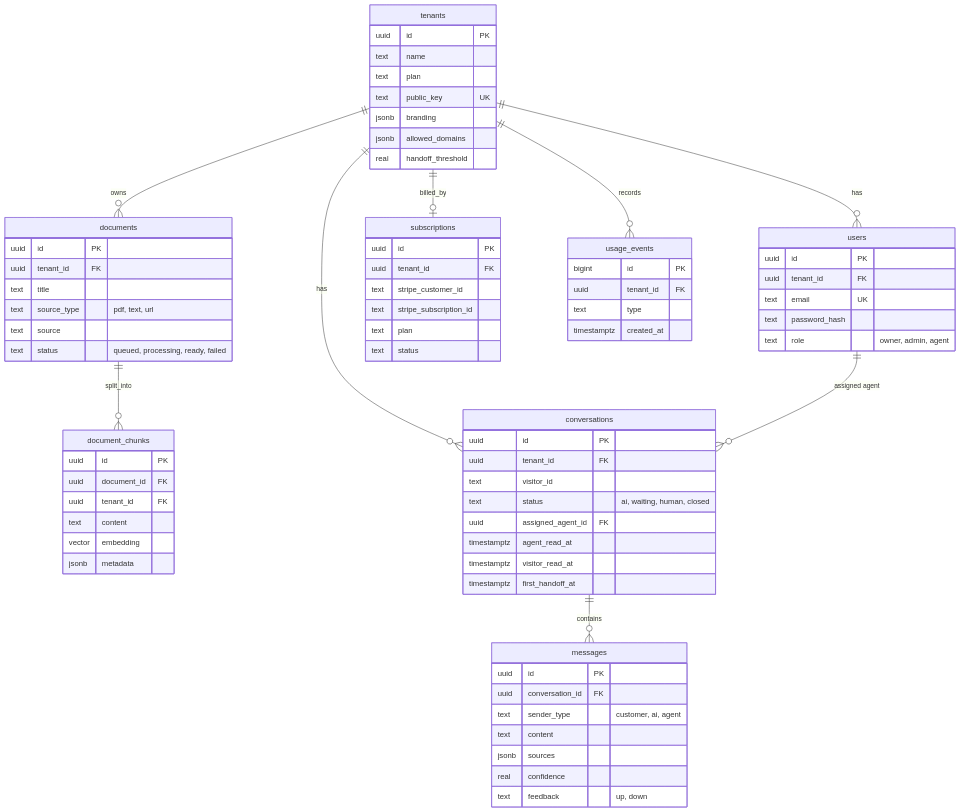
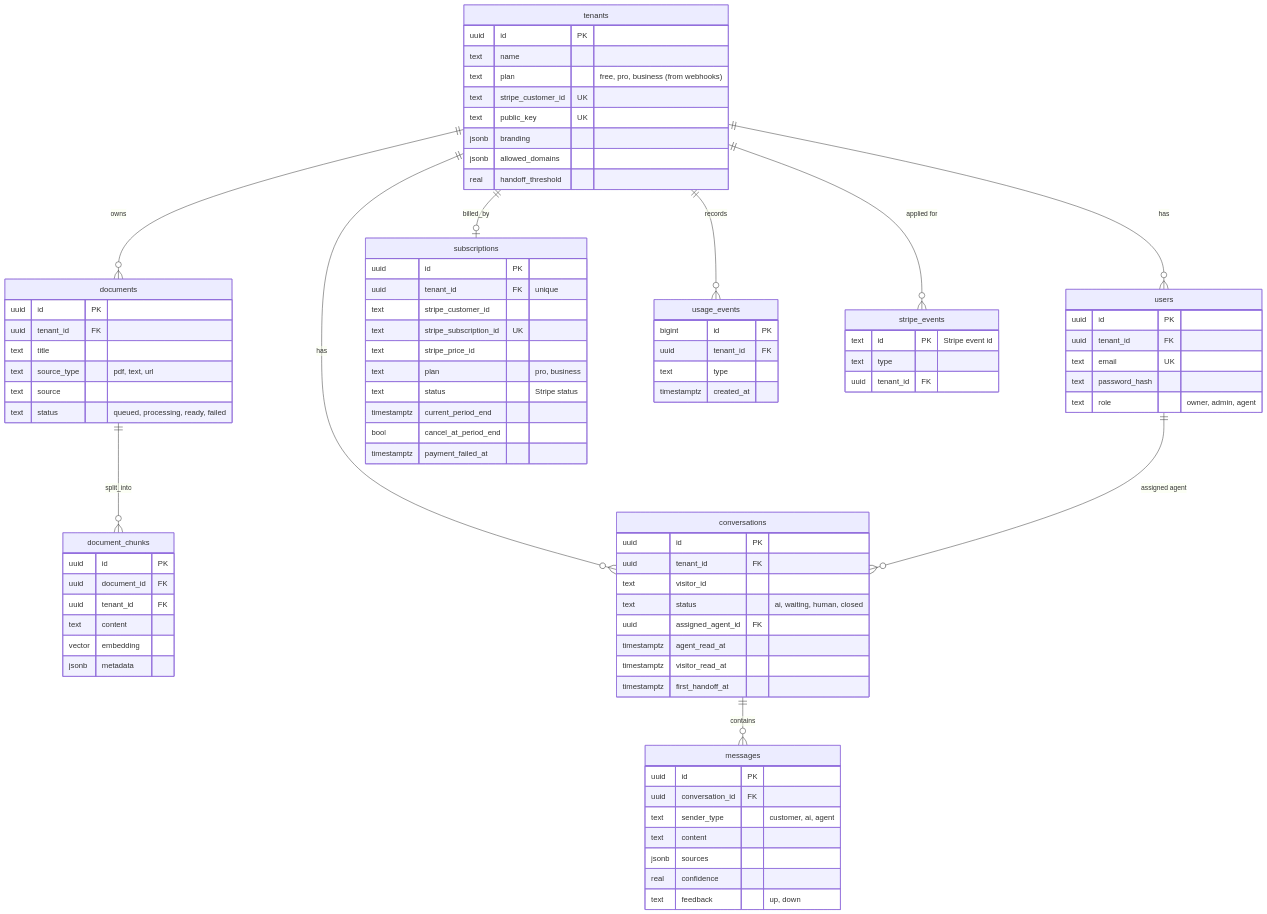
The fifth of 6 diagrams in docs/ARCHITECTURE.md (Akashsakhare123/supportpilot), drawn with Mermaid before and after one commit. The commit also changed other lines of this file and 36 other files, not shown here.

First line of the commit message:
feat: billing with Stripe Checkout, plan limits and an idempotent webhook (T13)

```diff
--- a/docs/ARCHITECTURE.md
+++ b/docs/ARCHITECTURE.md
@@ -153,11 +153,13 @@
   users ||--o{ conversations : "assigned agent"
   tenants ||--o| subscriptions : billed_by
   tenants ||--o{ usage_events : records
+  tenants ||--o{ stripe_events : "applied for"
 
   tenants {
     uuid id PK
     text name
-    text plan
+    text plan "free, pro, business (from webhooks)"
+    text stripe_customer_id UK
     text public_key UK
     jsonb branding
     jsonb allowed_domains
@@ -207,11 +209,20 @@
   }
   subscriptions {
     uuid id PK
+    uuid tenant_id FK "unique"
+    text stripe_customer_id
+    text stripe_subscription_id UK
+    text stripe_price_id
+    text plan "pro, business"
+    text status "Stripe status"
+    timestamptz current_period_end
+    bool cancel_at_period_end
+    timestamptz payment_failed_at
+  }
+  stripe_events {
+    text id PK "Stripe event id"
+    text type
     uuid tenant_id FK
-    text stripe_customer_id
-    text stripe_subscription_id
-    text plan
-    text status
   }
   usage_events {
     bigint id PK
```
